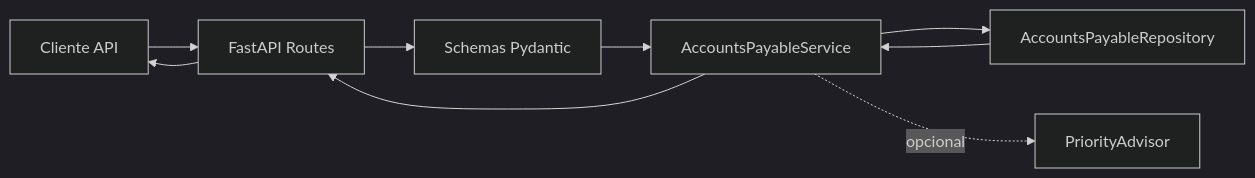
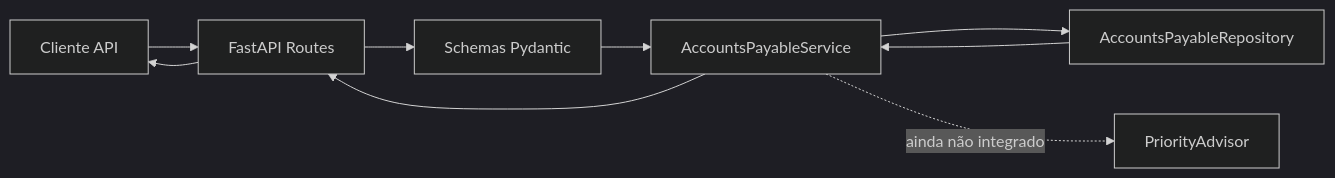
One commit to marciomello-bbras/projetolaboratorio changed the third of 5 diagrams in README.md. Above: the diagram before and after it, drawn with Mermaid (dark theme). The commit also changed other lines of this file and 10 other files, not shown here.

Commit message:
docs(arch): document C4 diagrams, activity flow and ADRs

````diff
--- a/README.md
+++ b/README.md
@@ -260,18 +320,18 @@
 ```mermaid
 flowchart LR
     Client["Cliente API"]
     Routes["FastAPI Routes"]
     Schemas["Schemas Pydantic"]
     Service["AccountsPayableService"]
     Advisor["PriorityAdvisor"]
     Repository["AccountsPayableRepository"]
 
     Client --> Routes
     Routes --> Schemas
     Schemas --> Service
     Service --> Repository
-    Service -. opcional .-> Advisor
+    Service -. ainda não integrado .-> Advisor
     Repository --> Service
     Service --> Routes
     Routes --> Client
 ```
````
